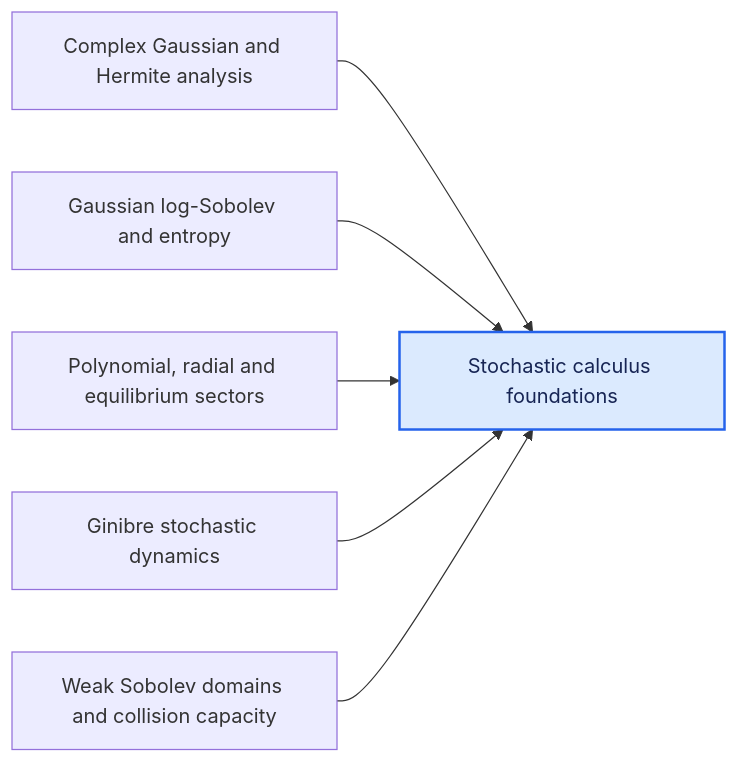
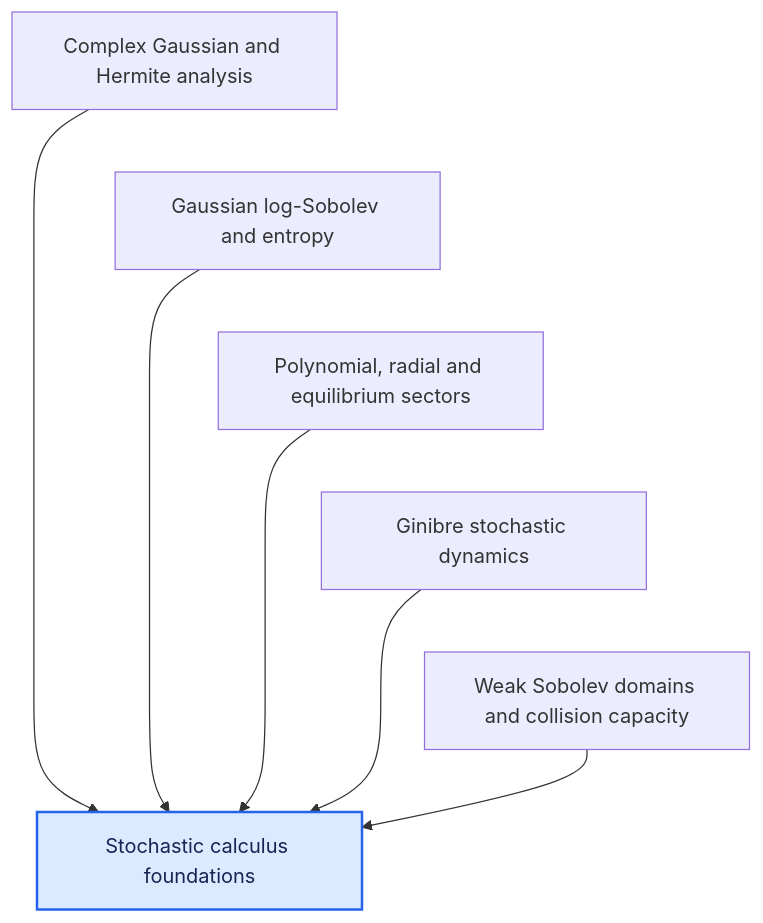
One commit to djalilchafai/ginibre-poincare changed the eighth of 12 diagrams in DEPENDENCIES.md. Above: the diagram before and after it, drawn with Mermaid. The commit also changed other lines of this file and 44 other files, not shown here.

Commit message:
Make dependency diagrams vertical and add GitHub Pages deployment

````diff
--- a/DEPENDENCIES.md
+++ b/DEPENDENCIES.md
@@ -180,10 +216,14 @@
 ```mermaid
-flowchart LR
+flowchart TB
   ComplexGaussianHermite["Complex Gaussian and Hermite analysis"] --> StochasticCalculus["Stochastic calculus foundations"]
   GaussianLSI["Gaussian log-Sobolev and entropy"] --> StochasticCalculus["Stochastic calculus foundations"]
   PolynomialRadial["Polynomial, radial and equilibrium sectors"] --> StochasticCalculus["Stochastic calculus foundations"]
   StochasticDynamics["Ginibre stochastic dynamics"] --> StochasticCalculus["Stochastic calculus foundations"]
   WeakSobolev["Weak Sobolev domains and collision capacity"] --> StochasticCalculus["Stochastic calculus foundations"]
+  ComplexGaussianHermite ~~~ GaussianLSI
+  GaussianLSI ~~~ PolynomialRadial
+  PolynomialRadial ~~~ StochasticDynamics
+  StochasticDynamics ~~~ WeakSobolev
   classDef target fill:#dbeafe,stroke:#2563eb,stroke-width:2px,color:#172554;
   class StochasticCalculus target;
 ```
````
